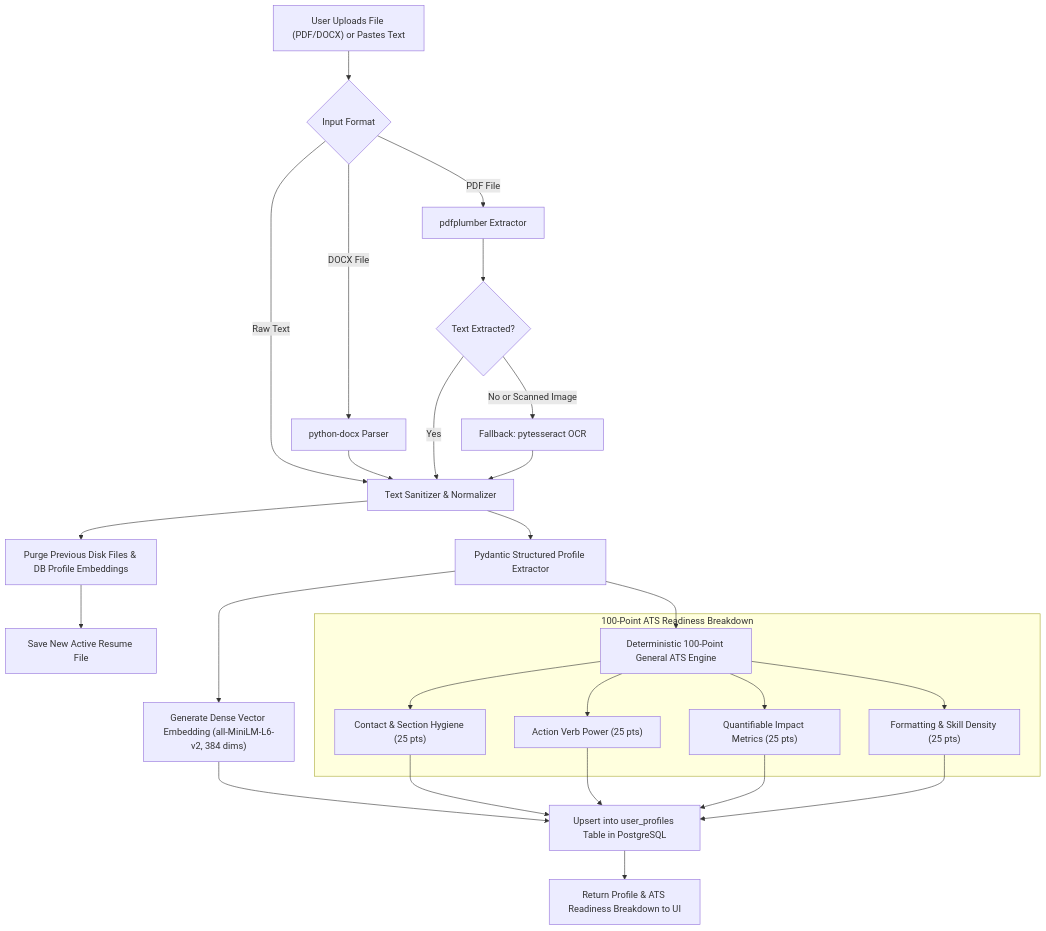
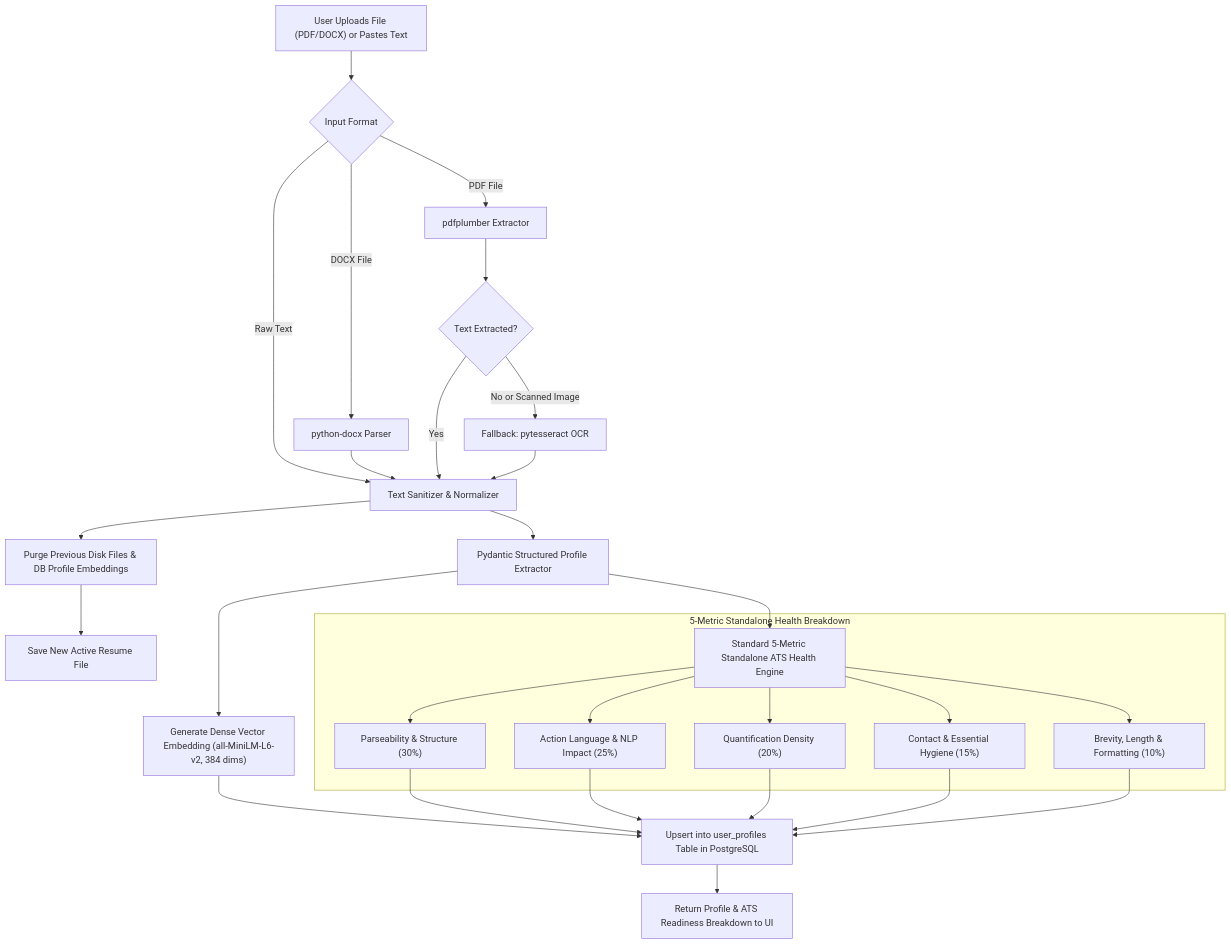
The second of 9 diagrams in docs/architecture_flowcharts.md (Mostafa710/career-copilot), drawn with Mermaid before and after one commit. The commit also changed other lines of this file and 1 other file, not shown here.

Commit message:
docs: update README and architecture flowcharts to reflect standardized dual-mode ATS engine and 15-20 job batch capacity

````diff
--- a/docs/architecture_flowcharts.md
+++ b/docs/architecture_flowcharts.md
@@ -43,31 +43,32 @@
 ```mermaid
 flowchart TD
     Upload["User Uploads File (PDF/DOCX) or Pastes Text"] --> CheckType{"Input Format"}
     
     CheckType -->|Raw Text| Sanitize["Text Sanitizer & Normalizer"]
     CheckType -->|DOCX File| DocxParser["python-docx Parser"] --> Sanitize
     CheckType -->|PDF File| PdfParser["pdfplumber Extractor"]
     
     PdfParser --> IsEmpty{"Text Extracted?"}
     IsEmpty -->|Yes| Sanitize
     IsEmpty -->|No or Scanned Image| OCR["Fallback: pytesseract OCR"] --> Sanitize
     
     Sanitize --> DeleteOld["Purge Previous Disk Files & DB Profile Embeddings"]
     DeleteOld --> SaveFile["Save New Active Resume File"]
     
     Sanitize --> StructExt["Pydantic Structured Profile Extractor"]
     StructExt --> Vectorize["Generate Dense Vector Embedding (all-MiniLM-L6-v2, 384 dims)"]
     
-    StructExt --> GenATS["Deterministic 100-Point General ATS Engine"]
+    StructExt --> GenATS["Standard 5-Metric Standalone ATS Health Engine"]
     
-    subgraph GenBreakdown ["100-Point ATS Readiness Breakdown"]
-        GenATS --> C1["Contact & Section Hygiene (25 pts)"]
-        GenATS --> C2["Action Verb Power (25 pts)"]
-        GenATS --> C3["Quantifiable Impact Metrics (25 pts)"]
-        GenATS --> C4["Formatting & Skill Density (25 pts)"]
+    subgraph GenBreakdown ["5-Metric Standalone Health Breakdown"]
+        GenATS --> C1["Parseability & Structure (30%)"]
+        GenATS --> C2["Action Language & NLP Impact (25%)"]
+        GenATS --> C3["Quantification Density (20%)"]
+        GenATS --> C4["Contact & Essential Hygiene (15%)"]
+        GenATS --> C5["Brevity, Length & Formatting (10%)"]
     end
     
-    C1 & C2 & C3 & C4 --> SaveProfile["Upsert into user_profiles Table in PostgreSQL"]
+    C1 & C2 & C3 & C4 & C5 --> SaveProfile["Upsert into user_profiles Table in PostgreSQL"]
     Vectorize --> SaveProfile
     SaveProfile --> ReturnGenReport["Return Profile & ATS Readiness Breakdown to UI"]
 ```
````
